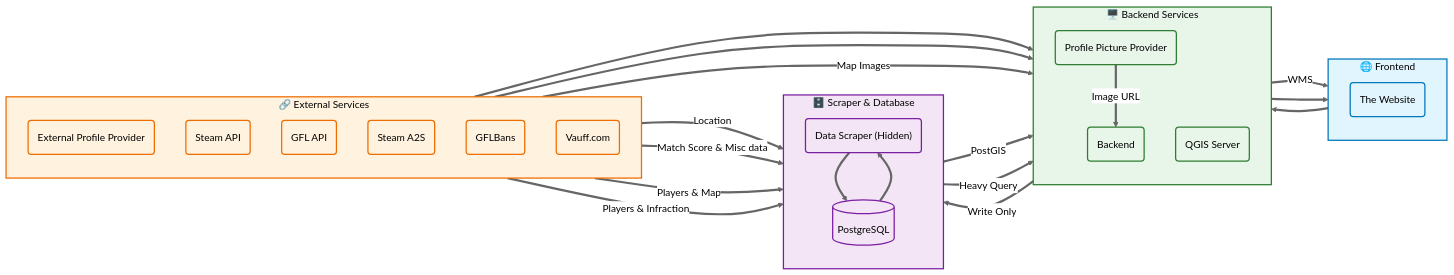
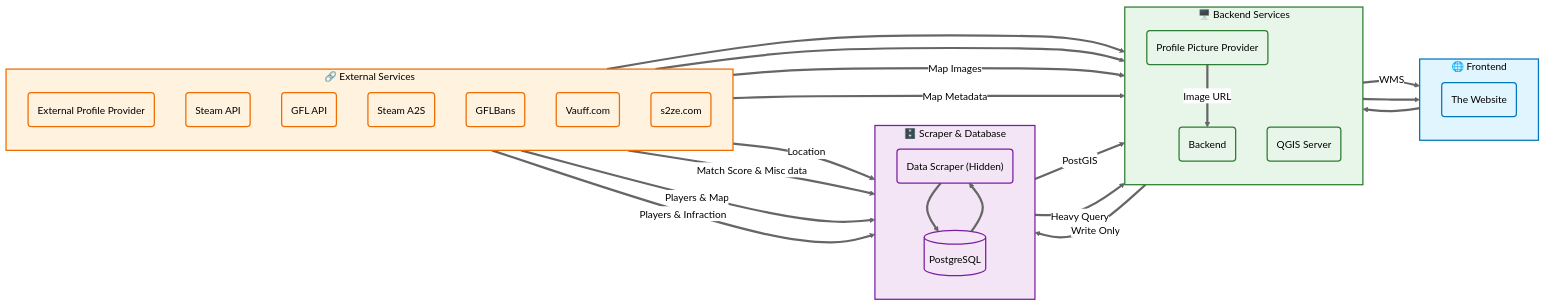
One commit to InterStella0/gfl-ze-watcher changed the diagram in README.md. Above: the diagram before and after it, drawn with Mermaid (neutral theme).

Commit message:
updated data scraper

````diff
--- a/README.md
+++ b/README.md
@@ -19,63 +19,65 @@
 ```mermaid
 flowchart LR
   %% Frontend
   subgraph FE["🌐 Frontend"]
     direction TB
     Website("The Website")
   end
   %% Backend & GIS
   subgraph BE["🖥️ Backend Services"]
     direction TB
     Backend("Backend")
     QGIS("QGIS Server")
     ProfileProvider("Profile Picture Provider")
   end
   %% Scraper & Database
   subgraph DSDB["🗄️ Scraper & Database"]
     direction TB
     DataScraper("Data Scraper (Hidden)")
     Database[("PostgreSQL")]
   end
   %% External services
   subgraph EX["🔗 External Services"]
     direction TB
     ExternalProfileProvider("External Profile Provider")
     SteamAPI("Steam API")
     GFLAPI("GFL API")
     SteamA2s("Steam A2S")
     GFLBans("GFLBans")
     Vauff("Vauff.com")
+    S2ZE("s2ze.com")
   end
   %% Connections with higher contrast arrows
   Website        ==> Backend
   QGIS           == WMS ==> Website
   Database       == PostGIS ==> QGIS
   Backend        ==>|Write Only| Database
   Database       ==>|Heavy Query| Backend
   Backend        ==> Website
   DataScraper    ==> Database
   Database       ==> DataScraper
   ProfileProvider ==>|Image URL| Backend
   SteamAPI       ==> ProfileProvider
   ExternalProfileProvider ==> ProfileProvider
   SteamAPI       ==>|Location| DataScraper
   GFLAPI       ==>|Match Score & Misc data| DataScraper
   SteamA2s  ==>|Players & Map| DataScraper
   GFLBans        ==>|Players & Infraction| DataScraper
   Vauff          ==>|Map Images| Backend
+  S2ZE      ==>|Map Metadata| Backend
   %% GitHub-friendly styles with high contrast and rounded borders
   classDef fe fill:#e1f5fe,stroke:#0277bd,stroke-width:2px,color:#000000
   classDef be fill:#e8f5e9,stroke:#2e7d32,stroke-width:2px,color:#000000
   classDef db fill:#f3e5f5,stroke:#7b1fa2,stroke-width:2px,color:#000000
   classDef ex fill:#fff3e0,stroke:#ef6c00,stroke-width:2px,color:#000000
   %% Apply styling to nodes
   class Website fe
   class Backend,QGIS,ProfileProvider be
   class DataScraper,Database db
-  class ExternalProfileProvider,SteamAPI,SteamA2s,GFLBans,Vauff,GFLAPI ex
+  class ExternalProfileProvider,SteamAPI,SteamA2s,GFLBans,Vauff,S2ZE,GFLAPI ex
   %% Style subgraphs with rounded corners
   style FE fill:#e1f5fe,stroke:#0277bd,stroke-width:2px,color:#000000
   style BE fill:#e8f5e9,stroke:#2e7d32,stroke-width:2px,color:#000000
   style DSDB fill:#f3e5f5,stroke:#7b1fa2,stroke-width:2px,color:#000000
   style EX fill:#fff3e0,stroke:#ef6c00,stroke-width:2px,color:#000000
 ```
````
